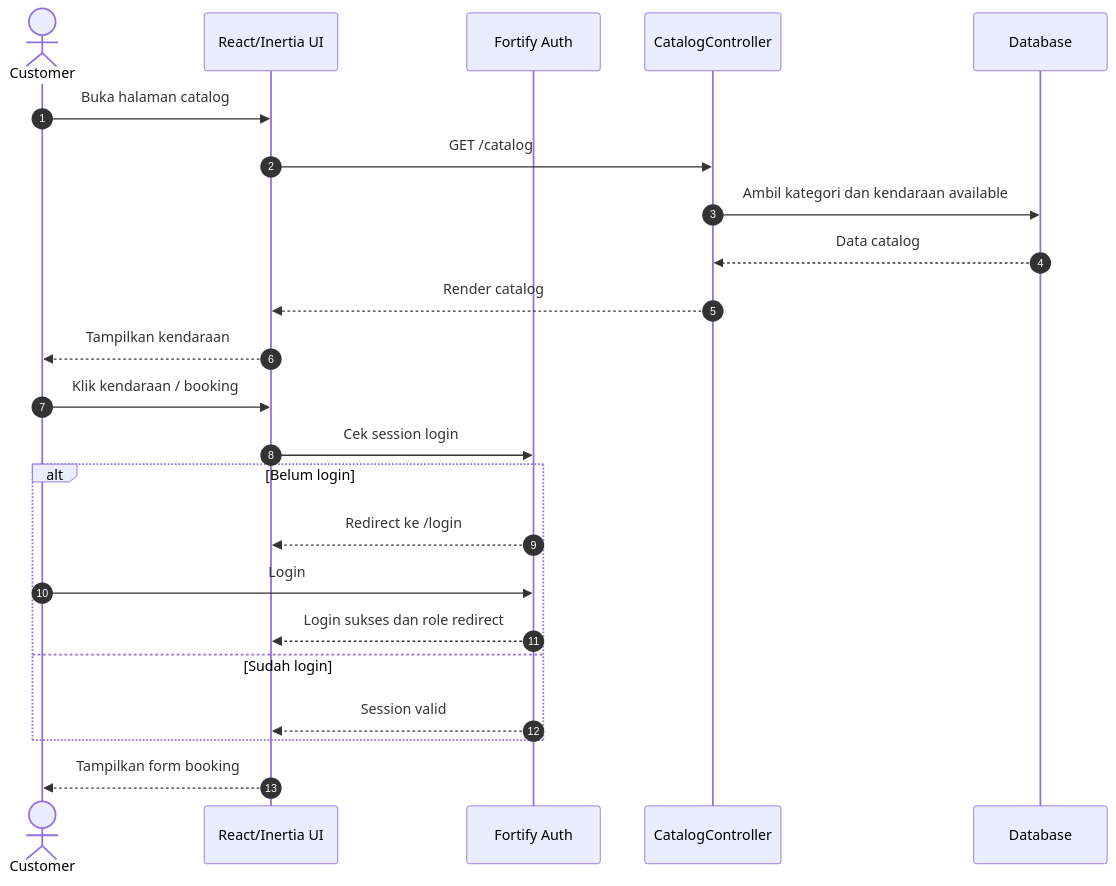
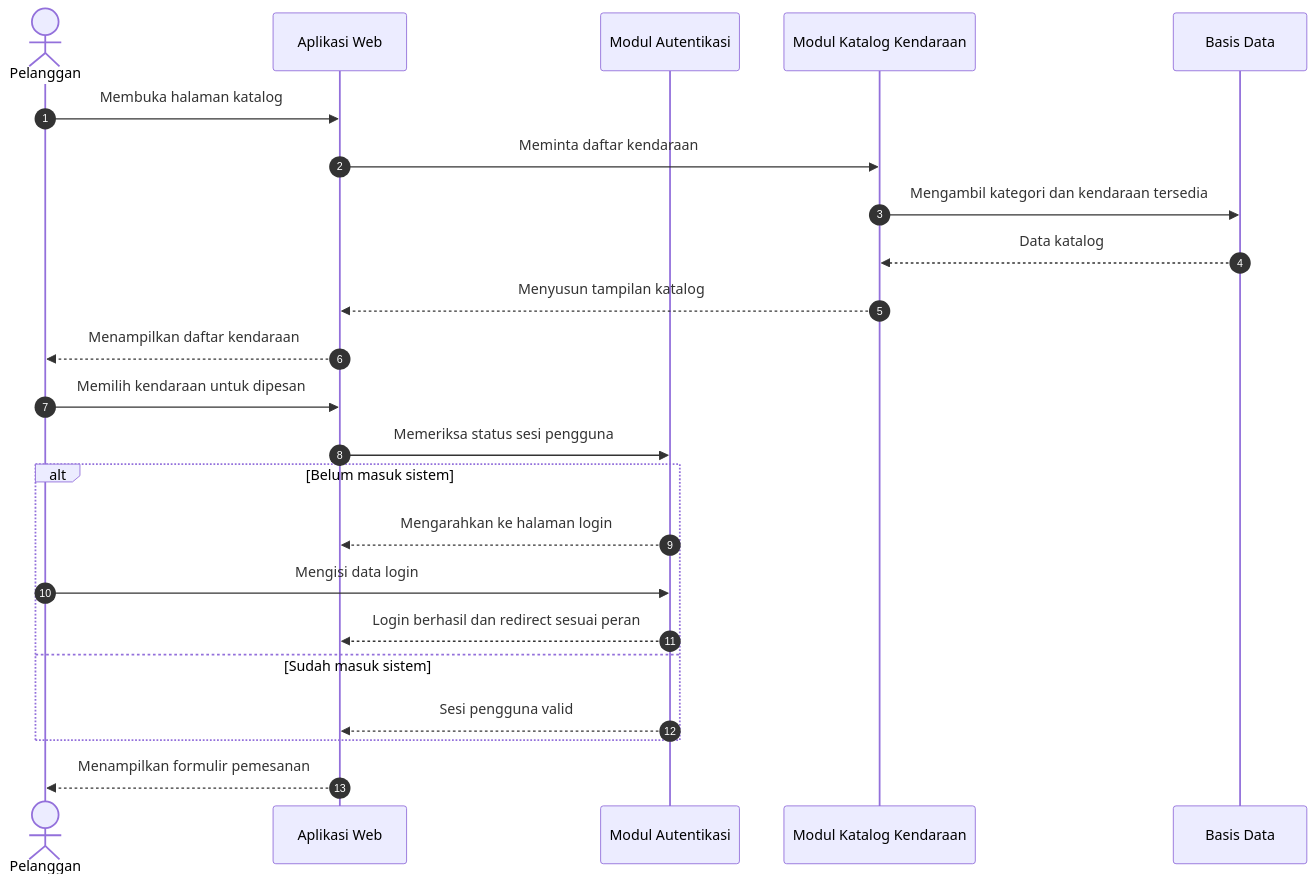
One commit to nabiilnuryassar/rent-car changed the sixth of 15 diagrams in docs/UML_MERMAID.md. Above: the diagram before and after it, drawn with Mermaid. The commit also changed other lines of this file, not shown here.

Commit message:
update docs uml

````diff
--- a/docs/UML_MERMAID.md
+++ b/docs/UML_MERMAID.md
@@ -279,27 +270,27 @@
 ```mermaid
 sequenceDiagram
     autonumber
-    actor Customer
-    participant UI as React/Inertia UI
-    participant Auth as Fortify Auth
-    participant Catalog as CatalogController
-    participant DB as Database
+    actor Pelanggan
+    participant Aplikasi as Aplikasi Web
+    participant Auth as Modul Autentikasi
+    participant Katalog as Modul Katalog Kendaraan
+    participant Basis as Basis Data
 
-    Customer->>UI: Buka halaman catalog
-    UI->>Catalog: GET /catalog
-    Catalog->>DB: Ambil kategori dan kendaraan available
-    DB-->>Catalog: Data catalog
-    Catalog-->>UI: Render catalog
-    UI-->>Customer: Tampilkan kendaraan
+    Pelanggan->>Aplikasi: Membuka halaman katalog
+    Aplikasi->>Katalog: Meminta daftar kendaraan
+    Katalog->>Basis: Mengambil kategori dan kendaraan tersedia
+    Basis-->>Katalog: Data katalog
+    Katalog-->>Aplikasi: Menyusun tampilan katalog
+    Aplikasi-->>Pelanggan: Menampilkan daftar kendaraan
 
-    Customer->>UI: Klik kendaraan / booking
-    UI->>Auth: Cek session login
-    alt Belum login
-        Auth-->>UI: Redirect ke /login
-        Customer->>Auth: Login
-        Auth-->>UI: Login sukses dan role redirect
-    else Sudah login
-        Auth-->>UI: Session valid
+    Pelanggan->>Aplikasi: Memilih kendaraan untuk dipesan
+    Aplikasi->>Auth: Memeriksa status sesi pengguna
+    alt Belum masuk sistem
+        Auth-->>Aplikasi: Mengarahkan ke halaman login
+        Pelanggan->>Auth: Mengisi data login
+        Auth-->>Aplikasi: Login berhasil dan redirect sesuai peran
+    else Sudah masuk sistem
+        Auth-->>Aplikasi: Sesi pengguna valid
     end
-    UI-->>Customer: Tampilkan form booking
+    Aplikasi-->>Pelanggan: Menampilkan formulir pemesanan
 ```
````
